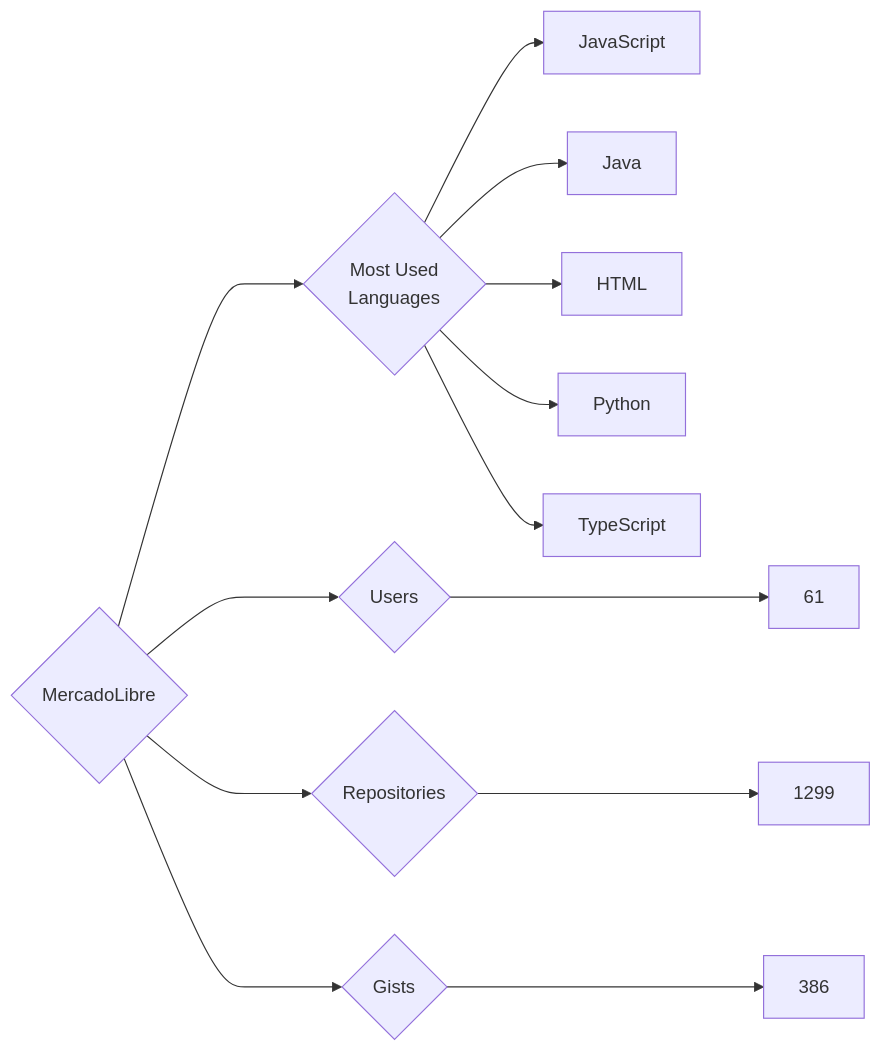
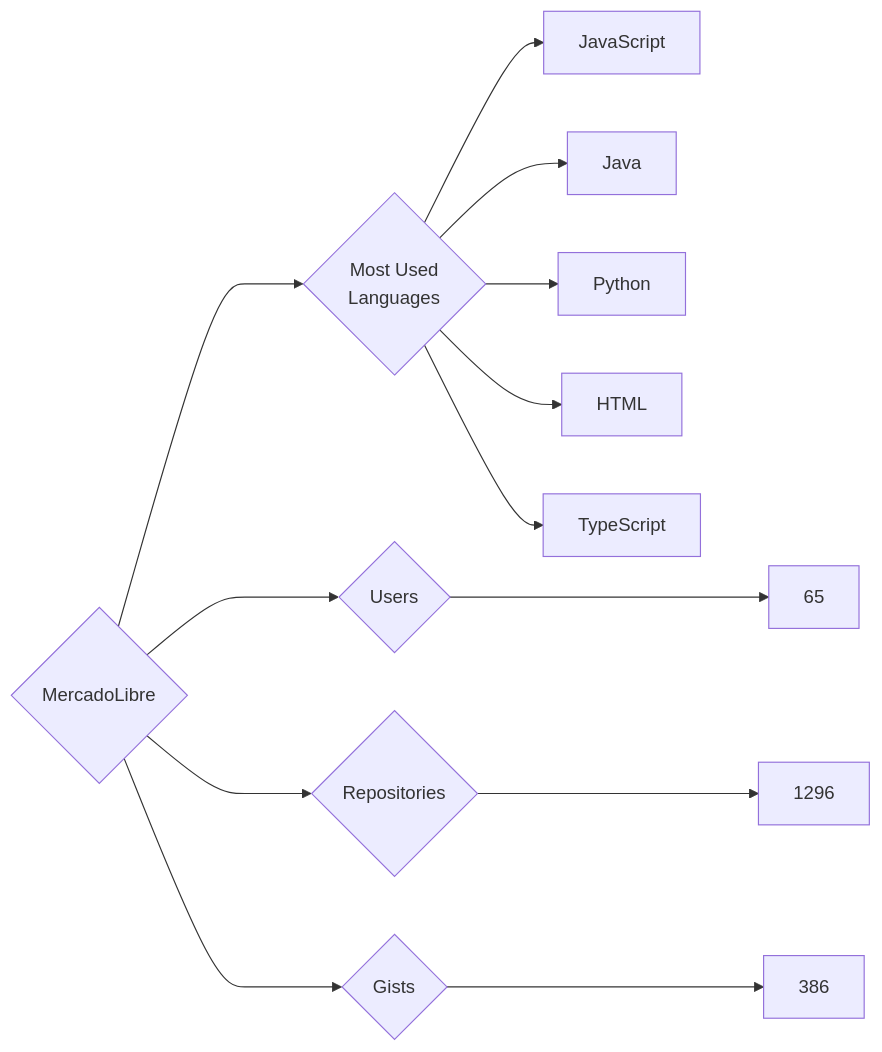
Before and after one commit to trickest/insiders: the diagram in targets/MercadoLibre/README.md, drawn with Mermaid. The commit also changed 1248 other files, not shown here.

````diff
--- a/targets/MercadoLibre/README.md
+++ b/targets/MercadoLibre/README.md
@@ -3,13 +3,13 @@
 ```mermaid
 graph LR
 COMPANY_NAME{MercadoLibre}
-COMPANY_NAME ---> U{Users} ---> UN[61]
-COMPANY_NAME ---> R{Repositories} ---> RN[1299]
+COMPANY_NAME ---> U{Users} ---> UN[65]
+COMPANY_NAME ---> R{Repositories} ---> RN[1296]
 COMPANY_NAME ---> G{Gists} ---> GN[386]
 COMPANY_NAME ---> ML{Most Used<br>Languages}
 ML --> JavaScript[JavaScript]
 ML --> Java[Java]
+ML --> Python[Python]
 ML --> HTML[HTML]
-ML --> Python[Python]
 ML --> TypeScript[TypeScript]
 ```
````
